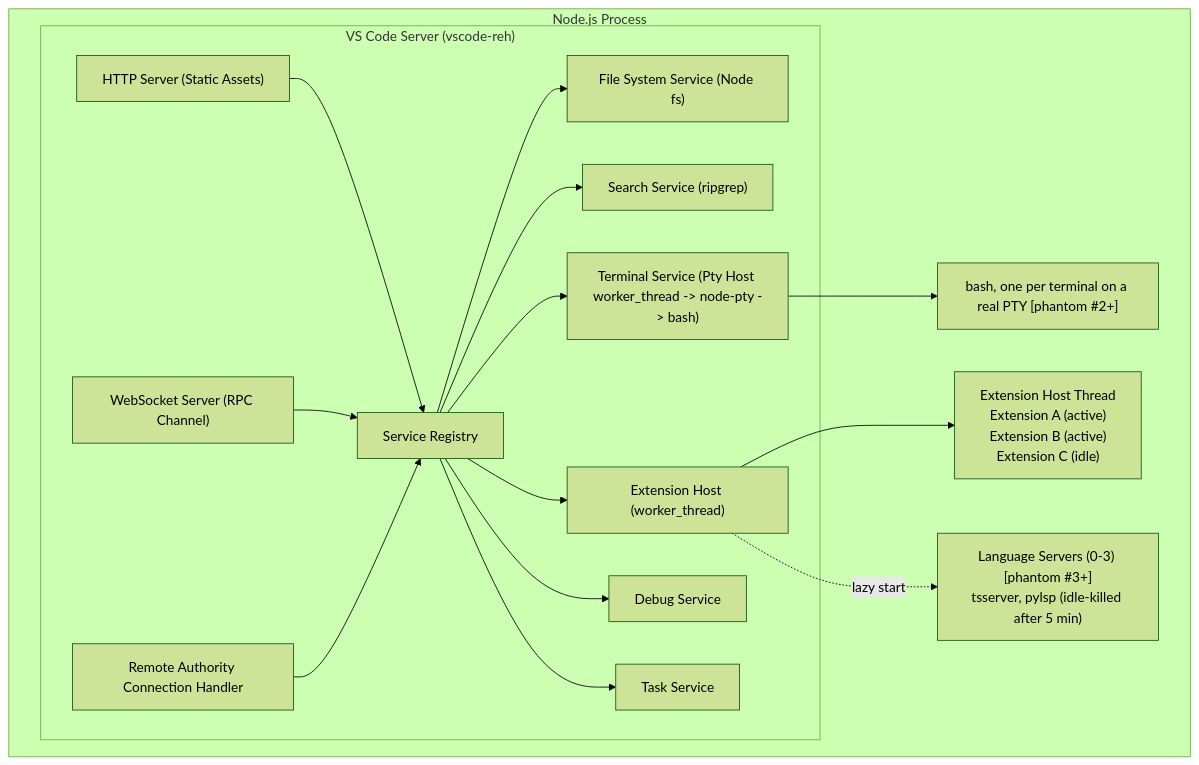
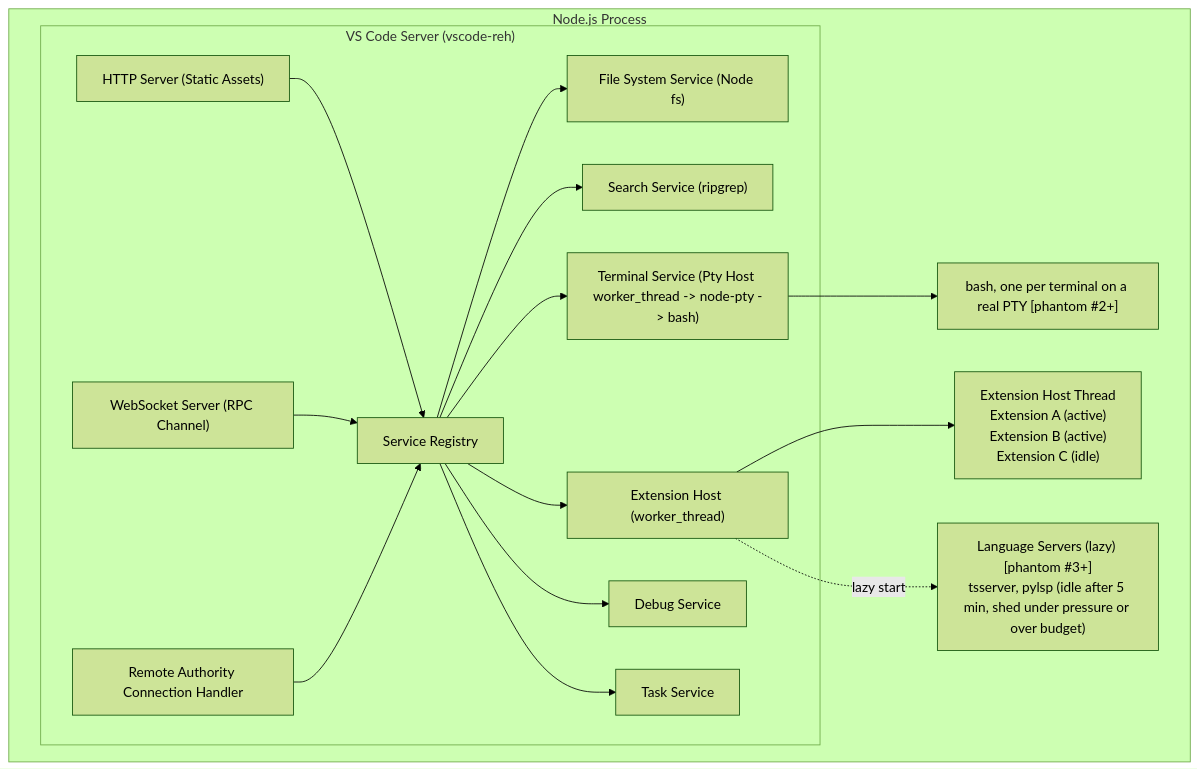
One commit to cuixinyuan666/vscodroid changed the fourth of 12 diagrams in docs/03-ARCHITECTURE.md. Above: the diagram before and after it, drawn with Mermaid (forest theme). The commit also changed other lines of this file and 208 other files, not shown here.

````diff
--- a/docs/03-ARCHITECTURE.md
+++ b/docs/03-ARCHITECTURE.md
@@ -120,30 +120,30 @@
 ```mermaid
 flowchart TD
   subgraph NODEPROC["Node.js Process"]
     subgraph VSS["VS Code Server (vscode-reh)"]
       HTTP["HTTP Server (Static Assets)"]
       WS["WebSocket Server (RPC Channel)"]
       RA["Remote Authority Connection Handler"]
       REG["Service Registry"]
       FS["File System Service (Node fs)"]
       SEARCH["Search Service (ripgrep)"]
       TERM["Terminal Service (Pty Host worker_thread -> node-pty -> bash)"]
       EXTHOST["Extension Host (worker_thread)"]
       DEBUG["Debug Service"]
       TASK["Task Service"]
       HTTP --> REG
       WS --> REG
       RA --> REG
       REG --> FS
       REG --> SEARCH
       REG --> TERM
       REG --> EXTHOST
       REG --> DEBUG
       REG --> TASK
     end
 
     EXTHOST --> THREAD["Extension Host Thread<br/>Extension A (active)<br/>Extension B (active)<br/>Extension C (idle)"]
     TERM --> BASH["bash, one per terminal on a real PTY [phantom #2+]"]
-    EXTHOST -. lazy start .-> LS["Language Servers (0-3) [phantom #3+]<br/>tsserver, pylsp (idle-killed after 5 min)"]
+    EXTHOST -. lazy start .-> LS["Language Servers (lazy) [phantom #3+]<br/>tsserver, pylsp (idle after 5 min, shed under pressure or over budget)"]
   end
 ```
````
